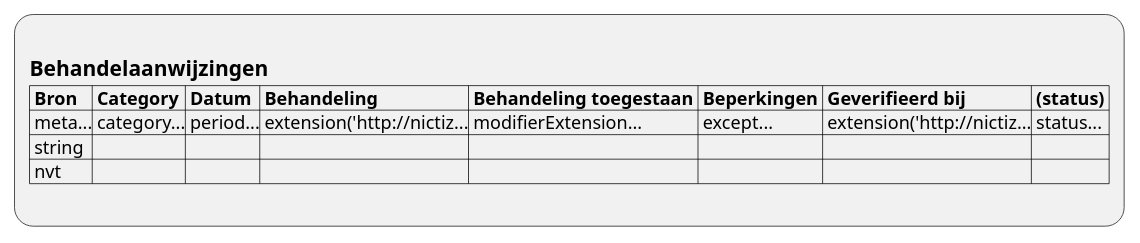
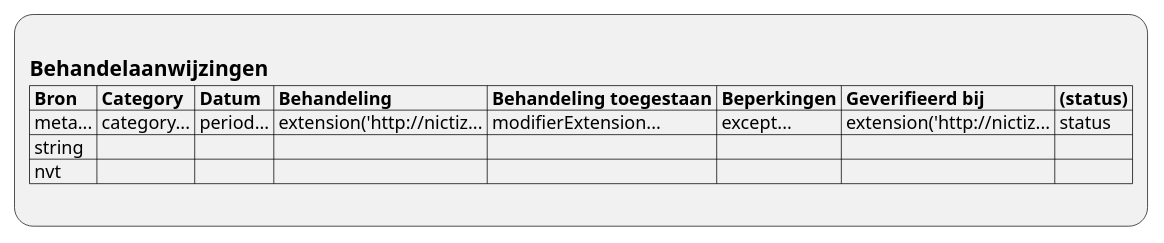
Before and after one commit to RIVO-Noord/zorgviewer-ig: the diagram in input/images-source/ViewDefinition-Behandelaanwijzingen.plantuml, drawn with PlantUML. The commit also changed 13 other files, not shown here.

```diff
--- a/input/images-source/ViewDefinition-Behandelaanwijzingen.plantuml
+++ b/input/images-source/ViewDefinition-Behandelaanwijzingen.plantuml
@@ -1,9 +1,9 @@
 @startuml ViewDefinition-Behandelaanwijzingen
 :
 == Behandelaanwijzingen
 |= Bron |= Category |= Datum |= Behandeling |= Behandeling toegestaan |= Beperkingen |= Geverifieerd bij |= (status) |
-| meta...| category...| period...| extension('http://nictiz...| modifierExtension...| except...| extension('http://nictiz...| status...|
+| meta... | category... | period... | extension('http://nictiz... | modifierExtension... | except... | extension('http://nictiz... | status |
 | string |  |  |  |  |  |  |  |
-| nvt ||||||||
+| nvt |  |  |  |  |  |  |  |
 ;
 @enduml
```
